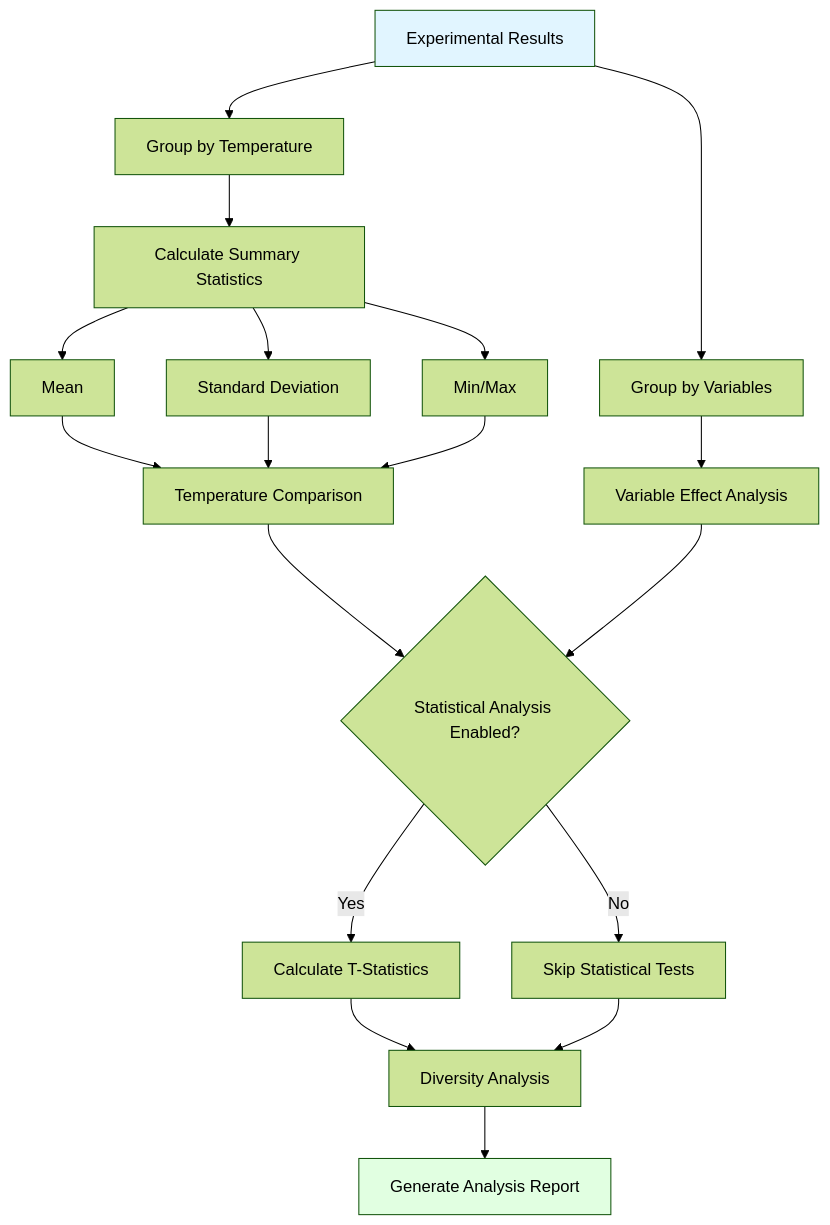
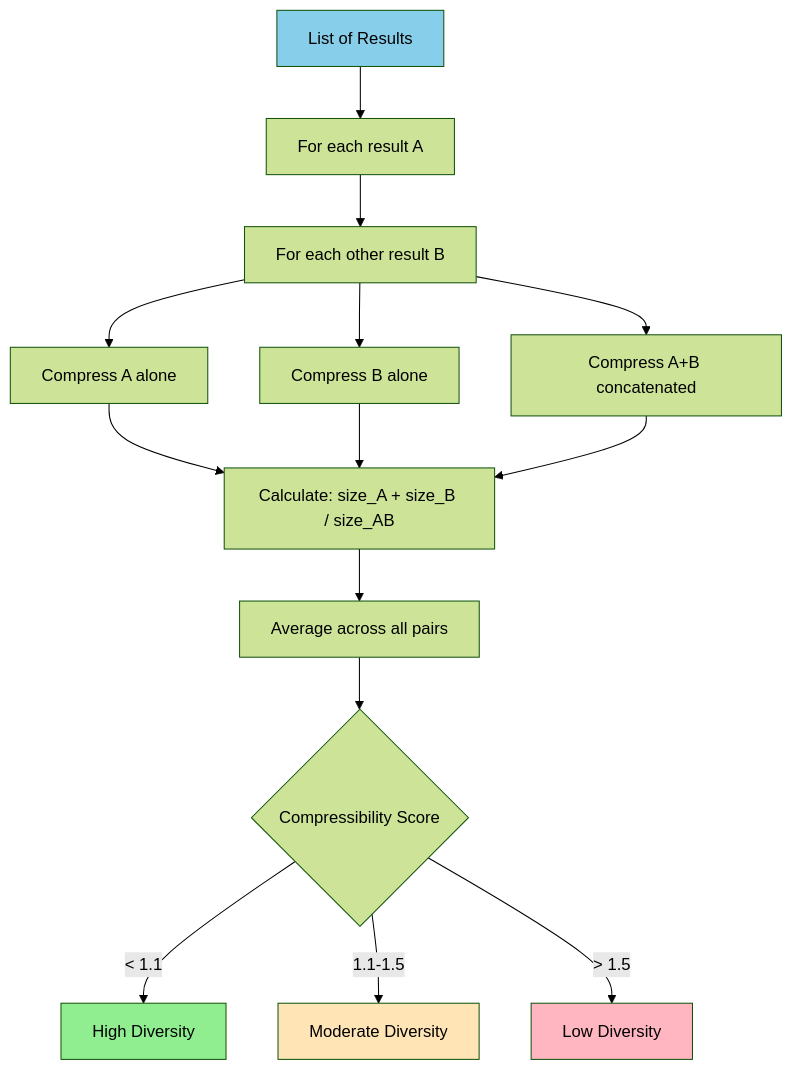
Diagram 12 of 22 in docs/LLMExperimentTask.md (SimiaCryptus/Cognotik), drawn with Mermaid (forest theme) before and after one commit. The commit also changed other lines of this file and 7 other files, not shown here.

````diff
--- a/docs/LLMExperimentTask.md
+++ b/docs/LLMExperimentTask.md
@@ -349,30 +416,21 @@
 ```mermaid
 flowchart TD
-    A[Experimental Results] --> B[Group by Temperature]
-    B --> C[Calculate Summary Statistics]
-
-    C --> D[Mean]
-    C --> E[Standard Deviation]
-    C --> F[Min/Max]
-
-    D --> G[Temperature Comparison]
+    A[List of Results] --> B[For each result A]
+    B --> C[For each other result B]
+    C --> D[Compress A alone]
+    C --> E[Compress B alone]
+    C --> F[Compress A+B concatenated]
+    D --> G[Calculate: size_A + size_B / size_AB]
     E --> G
     F --> G
+    G --> H[Average across all pairs]
+    H --> I{Compressibility Score}
+    I -->|< 1.1| J[High Diversity]
+    I -->|1.1-1.5| K[Moderate Diversity]
+    I -->|> 1.5| L[Low Diversity]
 
-    A --> H[Group by Variables]
-    H --> I[Variable Effect Analysis]
-
-    G --> J{Statistical Analysis Enabled?}
-    I --> J
-
-    J -->|Yes| K[Calculate T-Statistics]
-    J -->|No| L[Skip Statistical Tests]
-
-    K --> M[Diversity Analysis]
-    L --> M
-
-    M --> N[Generate Analysis Report]
-
-    style A fill:#e1f5ff
-    style N fill:#e1ffe1
+    style A fill:#87CEEB
+    style J fill:#90EE90
+    style K fill:#FFE4B5
+    style L fill:#FFB6C1
 ```
````
